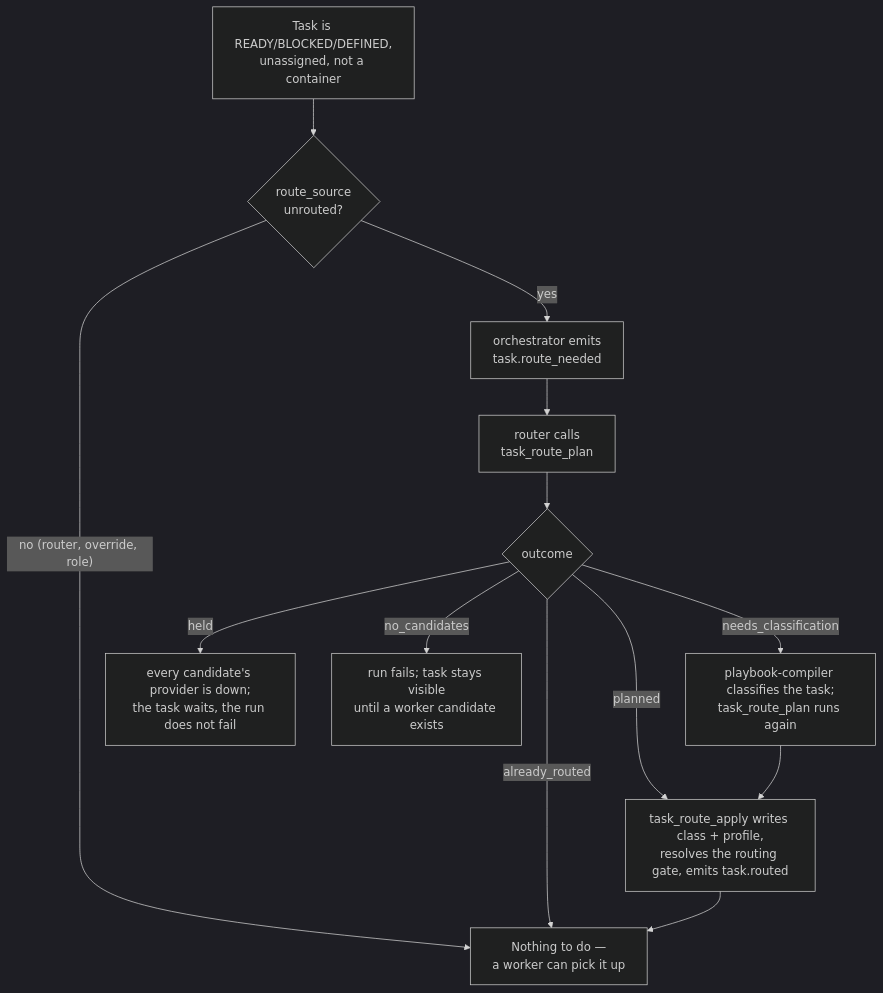
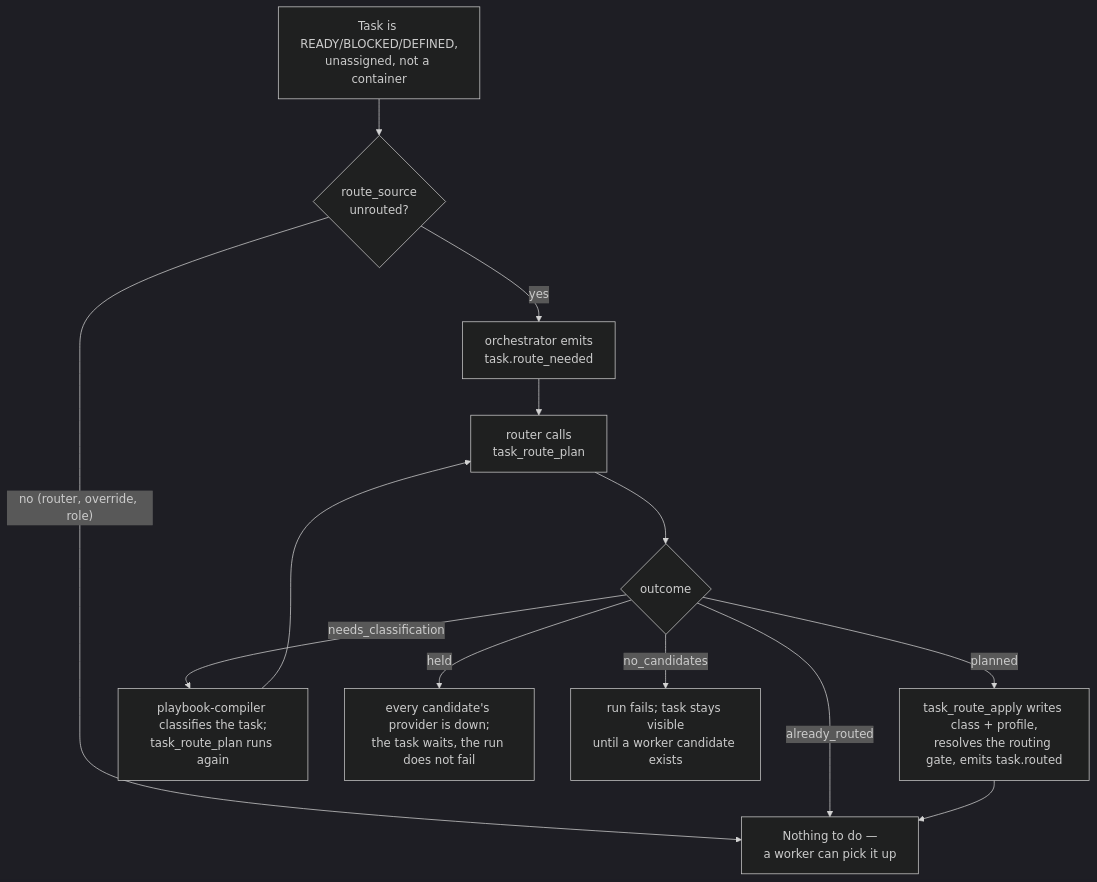
The diagram in docs/concepts/agents-and-routing.md (ElectricJack/agent-queue), drawn with Mermaid (dark theme) before and after one commit. The commit also changed other lines of this file and 11 other files, not shown here.

````diff
--- a/docs/concepts/agents-and-routing.md
+++ b/docs/concepts/agents-and-routing.md
@@ -151,15 +152,15 @@
 ```mermaid
 flowchart TD
   A["Task is READY/BLOCKED/DEFINED,<br/>unassigned, not a container"] --> B{"route_source<br/>unrouted?"}
   B -- "no (router, override, role)" --> Z["Nothing to do —<br/>a worker can pick it up"]
   B -- yes --> C["orchestrator emits<br/>task.route_needed"]
   C --> D["router calls<br/>task_route_plan"]
   D --> E{outcome}
   E -- already_routed --> Z
   E -- planned --> I["task_route_apply writes class + profile,<br/>resolves the routing gate, emits task.routed"]
   E -- needs_classification --> G["playbook-compiler classifies the task;<br/>task_route_plan runs again"]
   E -- held --> H["every candidate's provider is down;<br/>the task waits, the run does not fail"]
   E -- no_candidates --> F["run fails; task stays visible<br/>until a worker candidate exists"]
-  G --> I
+  G --> D
   I --> Z
 ```
````
